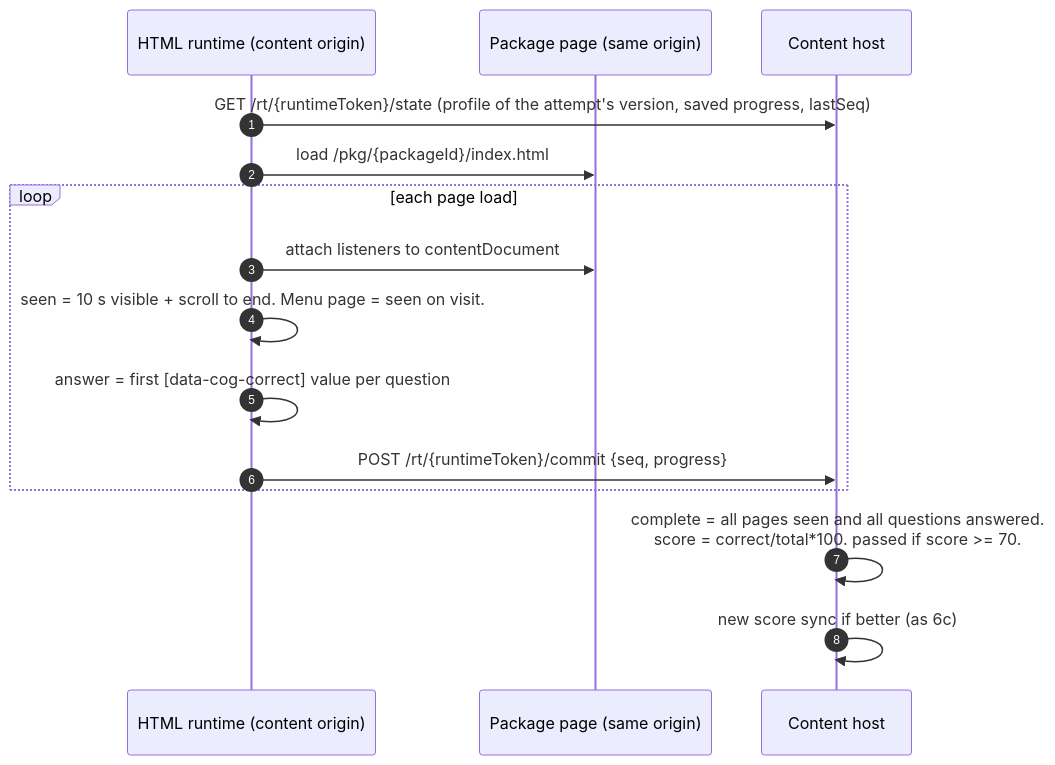
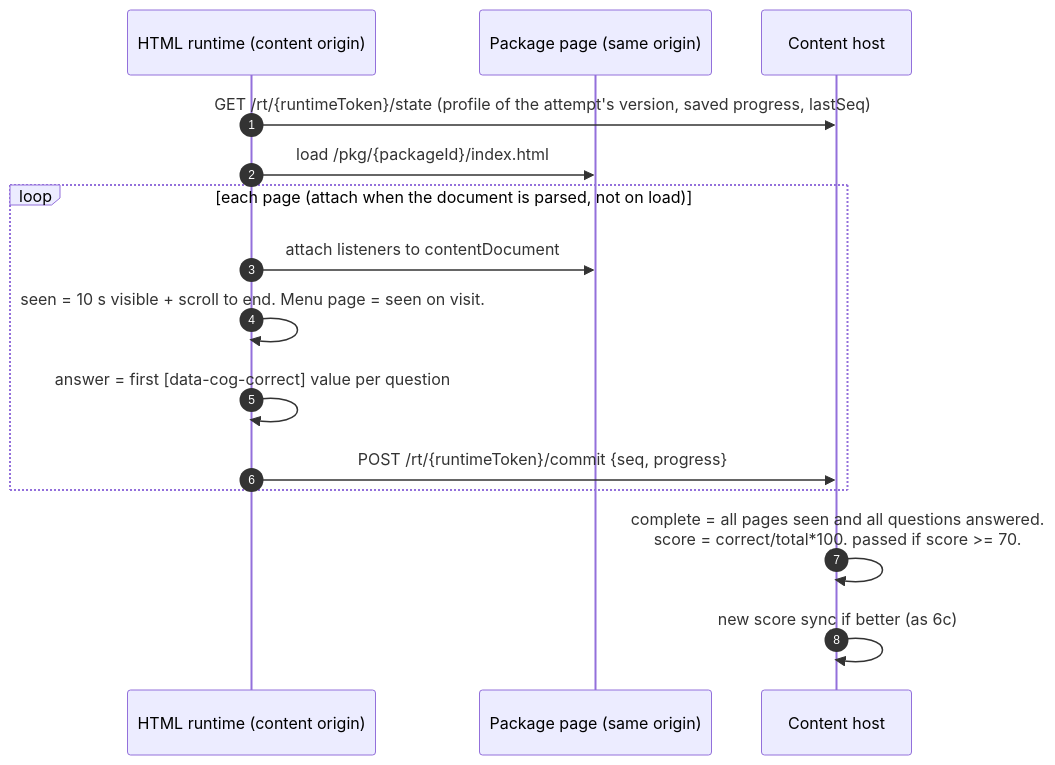
Before and after one commit to nguyenthanhquang152/cogniate_moodle_integration_prototype: the fifth of 7 diagrams in docs/architecture/flows.md, drawn with Mermaid. The commit also changed 11 other files, not shown here.

Commit message:
Architect: fold T5-spike facts into ADR-004/008, security.md, app contract, T5a/T5b

````diff
--- a/docs/architecture/flows.md
+++ b/docs/architecture/flows.md
@@ -178,17 +178,17 @@
 ```mermaid
 sequenceDiagram
     autonumber
     participant RT as HTML runtime (content origin)
     participant PG as Package page (same origin)
     participant APP as Content host
     RT->>APP: GET /rt/{runtimeToken}/state (profile of the attempt's version, saved progress, lastSeq)
     RT->>PG: load /pkg/{packageId}/index.html
-    loop each page load
+    loop each page (attach when the document is parsed, not on load)
       RT->>PG: attach listeners to contentDocument
       RT->>RT: seen = 10 s visible + scroll to end. Menu page = seen on visit.
       RT->>RT: answer = first [data-cog-correct] value per question
       RT->>APP: POST /rt/{runtimeToken}/commit {seq, progress}
     end
     APP->>APP: complete = all pages seen and all questions answered.<br/>score = correct/total*100. passed if score >= 70.
     APP->>APP: new score sync if better (as 6c)
 ```
````
